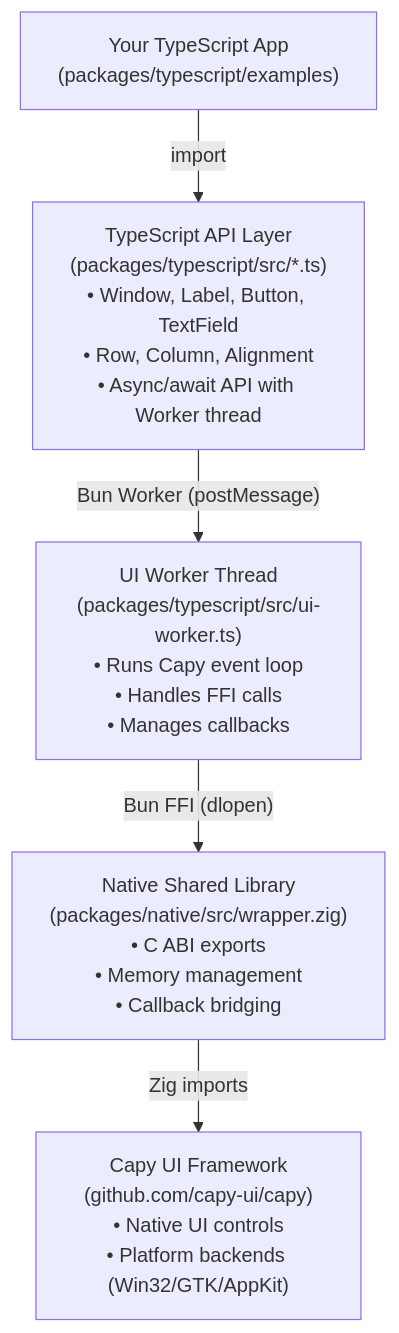
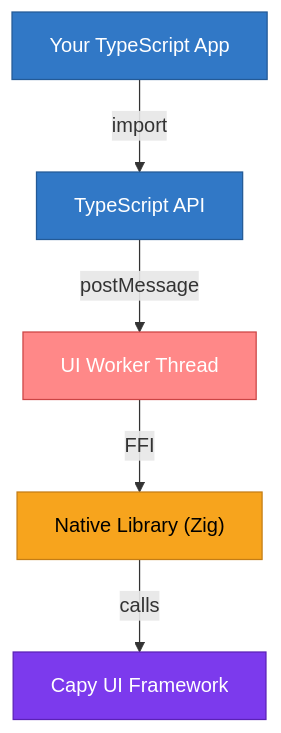
One commit to AugusDogus/capy-bun changed the diagram in README.md. Above: the diagram before and after it, drawn with Mermaid. The commit also changed 1 other file, not shown here.

Commit message:
docs: simplify and colorize architecture diagrams
- Remove verbose details and file paths from node labels
- Add color coding for different layers (TypeScript, Worker, Zig, Capy)
- Change TypeScript README diagram to horizontal layout for better readability
- Add bidirectional arrow to show callback communication

````diff
--- a/README.md
+++ b/README.md
@@ -48,13 +48,19 @@
 ```mermaid
 flowchart TD
-    A["Your TypeScript App<br/>(packages/typescript/examples)"]
-    B["TypeScript API Layer<br/>(packages/typescript/src/*.ts)<br/>• Window, Label, Button, TextField<br/>• Row, Column, Alignment<br/>• Async/await API with Worker thread"]
-    C["UI Worker Thread<br/>(packages/typescript/src/ui-worker.ts)<br/>• Runs Capy event loop<br/>• Handles FFI calls<br/>• Manages callbacks"]
-    D["Native Shared Library<br/>(packages/native/src/wrapper.zig)<br/>• C ABI exports<br/>• Memory management<br/>• Callback bridging"]
-    E["Capy UI Framework<br/>(github.com/capy-ui/capy)<br/>• Native UI controls<br/>• Platform backends (Win32/GTK/AppKit)"]
+    A["Your TypeScript App"]:::app
+    B["TypeScript API"]:::ts
+    C["UI Worker Thread"]:::worker
+    D["Native Library (Zig)"]:::native
+    E["Capy UI Framework"]:::capy
     
     A -->|"import"| B
-    B -->|"Bun Worker (postMessage)"| C
-    C -->|"Bun FFI (dlopen)"| D
-    D -->|"Zig imports"| E
+    B -->|"postMessage"| C
+    C -->|"FFI"| D
+    D -->|"calls"| E
+    
+    classDef app fill:#3178c6,stroke:#235a97,color:#fff
+    classDef ts fill:#3178c6,stroke:#235a97,color:#fff
+    classDef worker fill:#f88,stroke:#c44,color:#fff
+    classDef native fill:#f7a41d,stroke:#c47d15,color:#000
+    classDef capy fill:#7c3aed,stroke:#5b21b6,color:#fff
 ```
````
